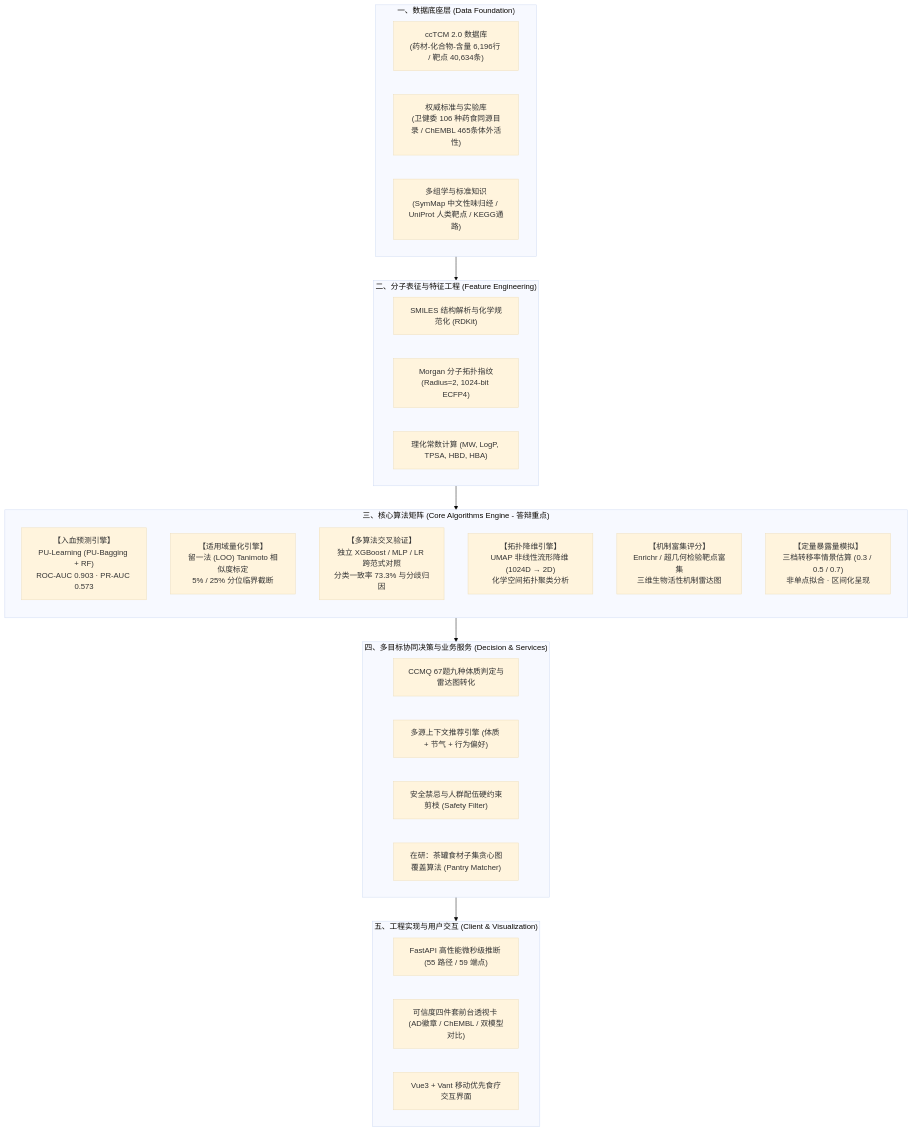
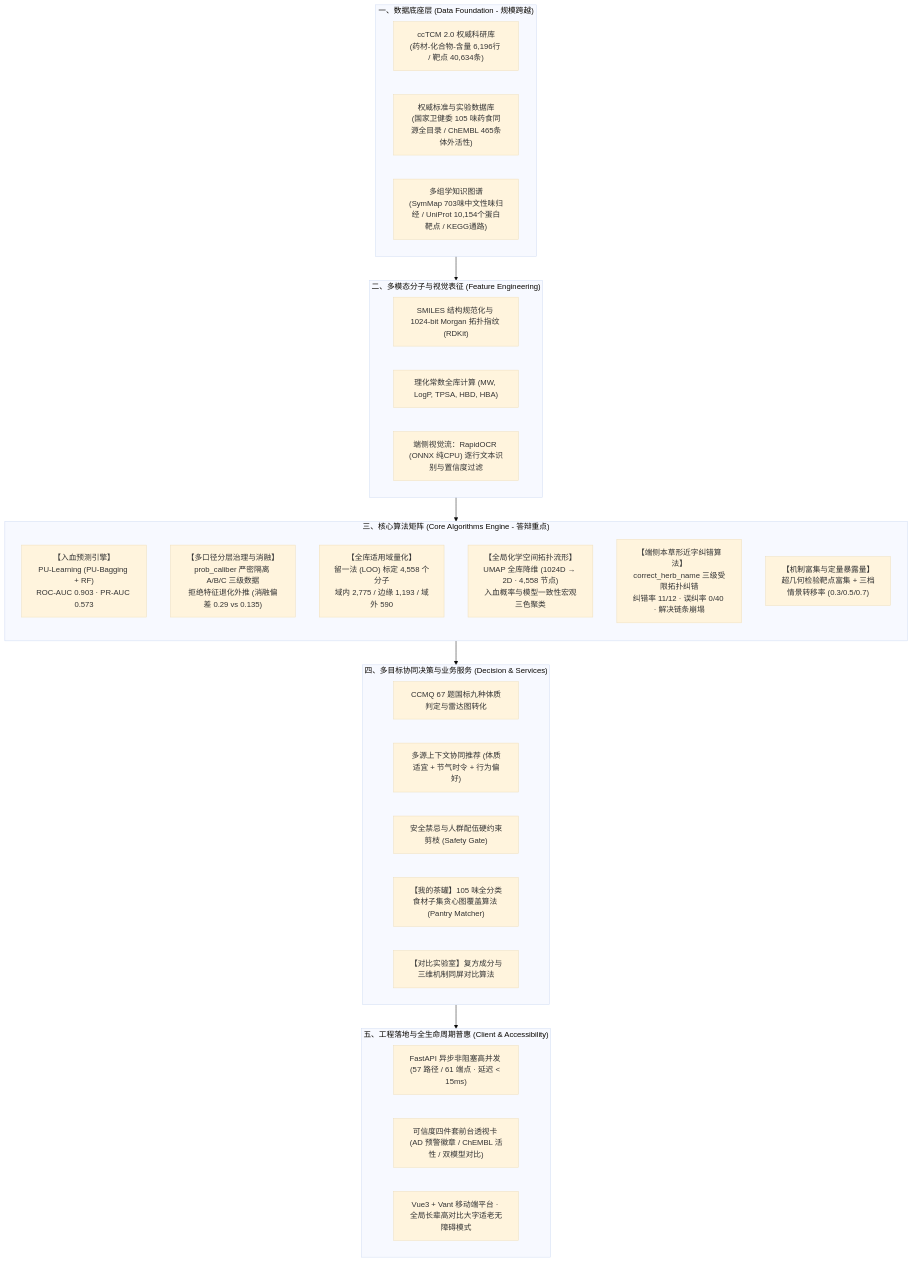
One commit to jxylisty/shiyang changed the first of 4 diagrams in docs/答辩材料_挑战杯算法PPT完整设计方案.md. Above: the diagram before and after it, drawn with Mermaid (base theme). The commit also changed other lines of this file and 3 other files, not shown here.

````diff
--- a/docs/答辩材料_挑战杯算法PPT完整设计方案.md
+++ b/docs/答辩材料_挑战杯算法PPT完整设计方案.md
@@ -27,42 +41,43 @@
 ```mermaid
 flowchart TD
-    subgraph DataLayer ["一、数据底座层 (Data Foundation)"]
-        D1["ccTCM 2.0 数据库<br/>(药材-化合物-含量 6,196行 / 靶点 40,634条)"]
-        D2["权威标准与实验库<br/>(卫健委 106 种药食同源目录 / ChEMBL 465条体外活性)"]
-        D3["多组学与标准知识<br/>(SymMap 中文性味归经 / UniProt 人类靶点 / KEGG通路)"]
+    subgraph DataLayer ["一、数据底座层 (Data Foundation - 规模跨越)"]
+        D1["ccTCM 2.0 权威科研库<br/>(药材-化合物-含量 6,196行 / 靶点 40,634条)"]
+        D2["权威标准与实验数据库<br/>(国家卫健委 105 味药食同源全目录 / ChEMBL 465条体外活性)"]
+        D3["多组学知识图谱<br/>(SymMap 703味中文性味归经 / UniProt 10,154个蛋白靶点 / KEGG通路)"]
     end
 
-    subgraph FeatureLayer ["二、分子表征与特征工程 (Feature Engineering)"]
-        F1["SMILES 结构解析与化学规范化 (RDKit)"]
-        F2["Morgan 分子拓扑指纹<br/>(Radius=2, 1024-bit ECFP4)"]
-        F3["理化常数计算 (MW, LogP, TPSA, HBD, HBA)"]
+    subgraph FeatureLayer ["二、多模态分子与视觉表征 (Feature Engineering)"]
+        F1["SMILES 结构规范化与 1024-bit Morgan 拓扑指纹 (RDKit)"]
+        F2["理化常数全库计算 (MW, LogP, TPSA, HBD, HBA)"]
+        F3["端侧视觉流：RapidOCR (ONNX 纯CPU) 逐行文本识别与置信度过滤"]
     end
 
     subgraph AlgoLayer ["三、核心算法矩阵 (Core Algorithms Engine - 答辩重点)"]
         direction TB
         A1["【入血预测引擎】<br/>PU-Learning (PU-Bagging + RF)<br/>ROC-AUC 0.903 · PR-AUC 0.573"]
-        A2["【适用域量化引擎】<br/>留一法 (LOO) Tanimoto 相似度标定<br/>5% / 25% 分位临界截断"]
-        A3["【多算法交叉验证】<br/>独立 XGBoost / MLP / LR 跨范式对照<br/>分类一致率 73.3% 与分歧归因"]
-        A4["【拓扑降维引擎】<br/>UMAP 非线性流形降维 (1024D → 2D)<br/>化学空间拓扑聚类分析"]
-        A5["【机制富集评分】<br/>Enrichr / 超几何检验靶点富集<br/>三维生物活性机制雷达图"]
-        A6["【定量暴露量模拟】<br/>三档转移率情景估算 (0.3 / 0.5 / 0.7)<br/>非单点拟合 · 区间化呈现"]
+        A2["【多口径分层治理与消融】<br/>prob_caliber 严密隔离 A/B/C 三级数据<br/>拒绝特征退化外推 (消融偏差 0.29 vs 0.135)"]
+        A3["【全库适用域量化】<br/>留一法 (LOO) 标定 4,558 个分子<br/>域内 2,775 / 边缘 1,193 / 域外 590"]
+        A4["【全局化学空间拓扑流形】<br/>UMAP 全库降维 (1024D → 2D · 4,558 节点)<br/>入血概率与模型一致性宏观三色聚类"]
+        A5["【端侧本草形近字纠错算法】<br/>correct_herb_name 三级受限拓扑纠错<br/>纠错率 11/12 · 误纠率 0/40 · 解决链条崩塌"]
+        A6["【机制富集与定量暴露量】<br/>超几何检验靶点富集 + 三档情景转移率 (0.3/0.5/0.7)"]
     end
 
     subgraph DecisionLayer ["四、多目标协同决策与业务服务 (Decision & Services)"]
-        S1["CCMQ 67题九种体质判定与雷达图转化"]
-        S2["多源上下文推荐引擎 (体质 + 节气 + 行为偏好)"]
-        S3["安全禁忌与人群配伍硬约束剪枝 (Safety Filter)"]
-        S4["在研：茶罐食材子集贪心图覆盖算法 (Pantry Matcher)"]
+        S1["CCMQ 67 题国标九种体质判定与雷达图转化"]
+        S2["多源上下文协同推荐 (体质适宜 + 节气时令 + 行为偏好)"]
+        S3["安全禁忌与人群配伍硬约束剪枝 (Safety Gate)"]
+        S4["【我的茶罐】105 味全分类食材子集贪心图覆盖算法 (Pantry Matcher)"]
+        S5["【对比实验室】复方成分与三维机制同屏对比算法"]
     end
 
-    subgraph AppLayer ["五、工程实现与用户交互 (Client & Visualization)"]
-        UI1["FastAPI 高性能微秒级推断 (55 路径 / 59 端点)"]
-        UI2["可信度四件套前台透视卡 (AD徽章 / ChEMBL / 双模型对比)"]
-        UI3["Vue3 + Vant 移动优先食疗交互界面"]
+    subgraph AppLayer ["五、工程落地与全生命周期普惠 (Client & Accessibility)"]
+        UI1["FastAPI 异步非阻塞高并发 (57 路径 / 61 端点 · 延迟 < 15ms)"]
+        UI2["可信度四件套前台透视卡 (AD 预警徽章 / ChEMBL 活性 / 双模型对比)"]
+        UI3["Vue3 + Vant 移动端平台 · 全局长辈高对比大字适老无障碍模式"]
     end
 
     DataLayer --> FeatureLayer
     FeatureLayer --> AlgoLayer
     AlgoLayer --> DecisionLayer
     DecisionLayer --> AppLayer
 ```
````
